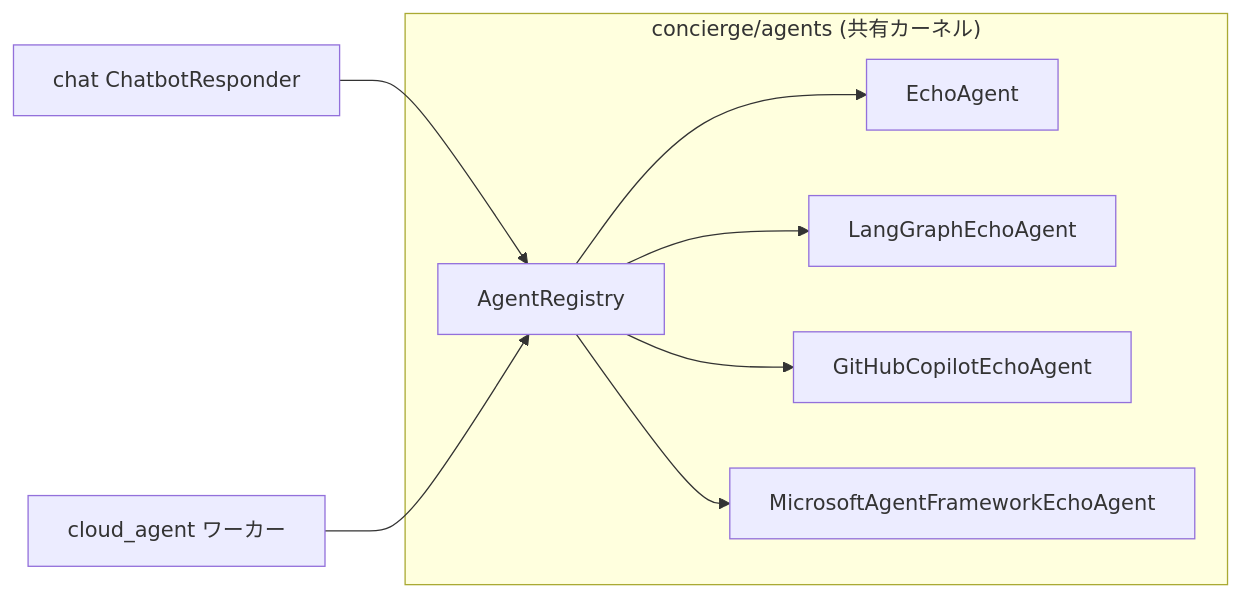
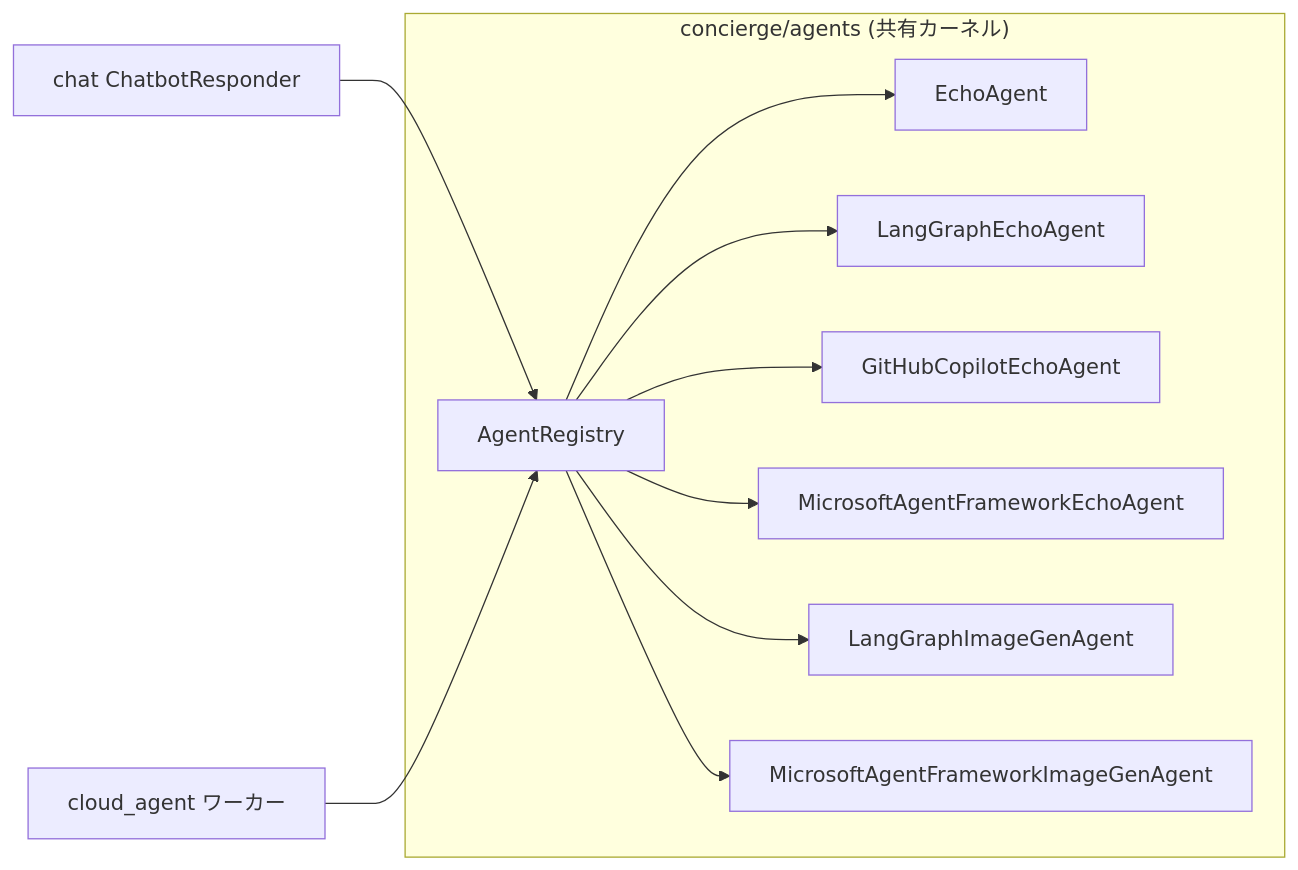
One commit to ks6088ts-labs/concierge changed the diagram in docs/agents/index.ja.md. Above: the diagram before and after it, drawn with Mermaid. The commit also changed other lines of this file and 21 other files, not shown here.

First line of the commit message:
feat(agents): add shared gpt-image-2 tool and image-gen agents

````diff
--- a/docs/agents/index.ja.md
+++ b/docs/agents/index.ja.md
@@ -13,16 +13,20 @@
 ```mermaid
 flowchart LR
     chat[chat ChatbotResponder] --> Registry
     cloud_agent[cloud_agent ワーカー] --> Registry
     Registry[AgentRegistry] --> Echo[EchoAgent]
     Registry --> LGE[LangGraphEchoAgent]
     Registry --> GCE[GitHubCopilotEchoAgent]
     Registry --> MAF[MicrosoftAgentFrameworkEchoAgent]
+    Registry --> LGIG[LangGraphImageGenAgent]
+    Registry --> MAFIG[MicrosoftAgentFrameworkImageGenAgent]
     subgraph agents["concierge/agents (共有カーネル)"]
         Registry
         Echo
         LGE
         GCE
         MAF
+        LGIG
+        MAFIG
     end
 ```
````
